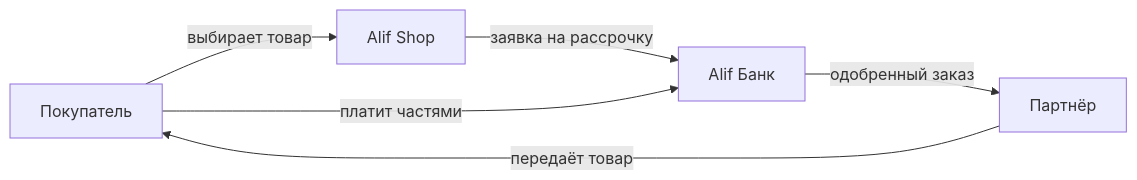
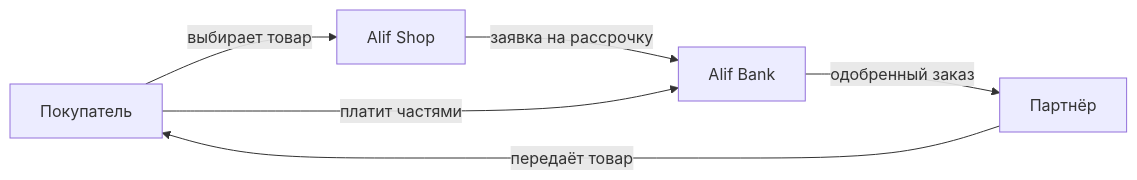
The first of 2 diagrams in docs/alif-case-text.md (madinarashidova799-oss/madinarashidova799-oss.github.io), drawn with Mermaid before and after one commit. The commit also changed other lines of this file and 9 other files, not shown here.

````diff
--- a/docs/alif-case-text.md
+++ b/docs/alif-case-text.md
@@ -15,8 +15,8 @@
 ```mermaid
 flowchart LR
     C["Покупатель"] -->|"выбирает товар"| S["Alif Shop"]
-    S -->|"заявка на рассрочку"| B["Alif Банк"]
+    S -->|"заявка на рассрочку"| B["Alif Bank"]
     B -->|"одобренный заказ"| P["Партнёр"]
     P -->|"передаёт товар"| C
     C -->|"платит частями"| B
 ```
````
